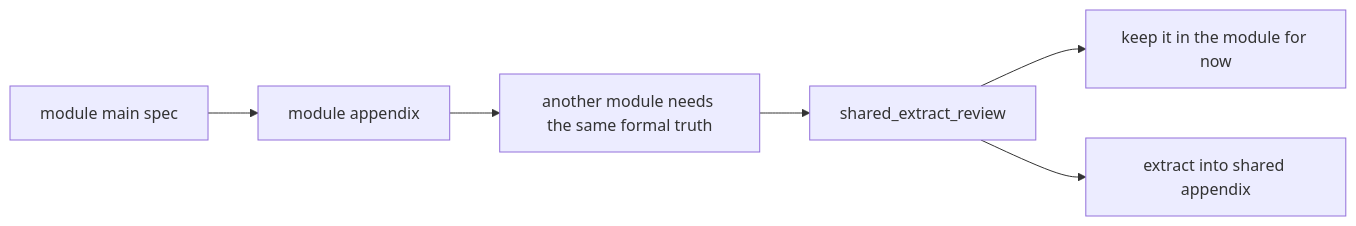
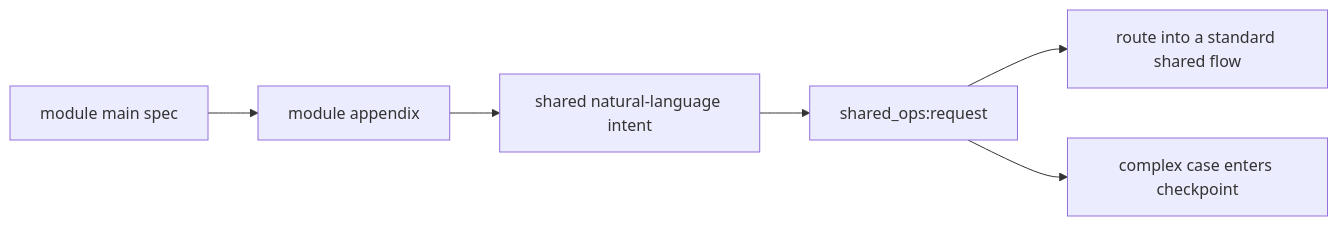
Before and after one commit to mfblog/specflow: the eighth of 9 diagrams in README.md, drawn with Mermaid. The commit also changed other lines of this file and 2 other files, not shown here.

Commit message:
Clarify spec_flow_review shared governance scope

````diff
--- a/README.md
+++ b/README.md
@@ -560,8 +560,8 @@
 ```mermaid
 flowchart LR
     A["module main spec"] --> B["module appendix"]
-    B --> C["another module needs the same formal truth"]
-    C --> D["shared_extract_review"]
-    D --> E["keep it in the module for now"]
-    D --> F["extract into shared appendix"]
+    B --> C["shared natural-language intent"]
+    C --> D["shared_ops:request"]
+    D --> E["route into a standard shared flow"]
+    D --> F["complex case enters checkpoint"]
 ```
````
